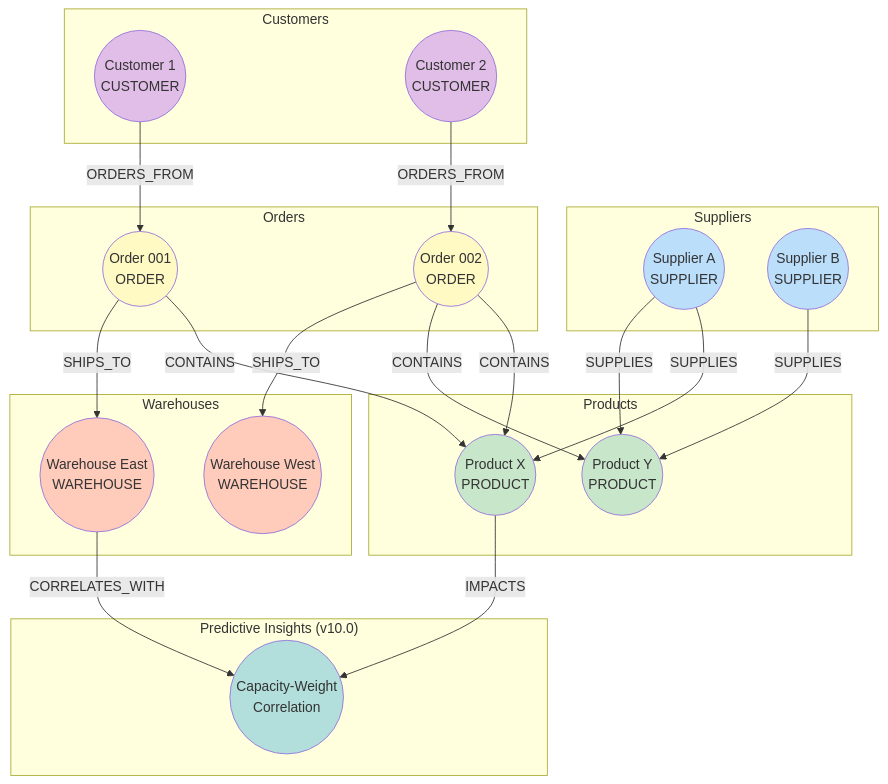
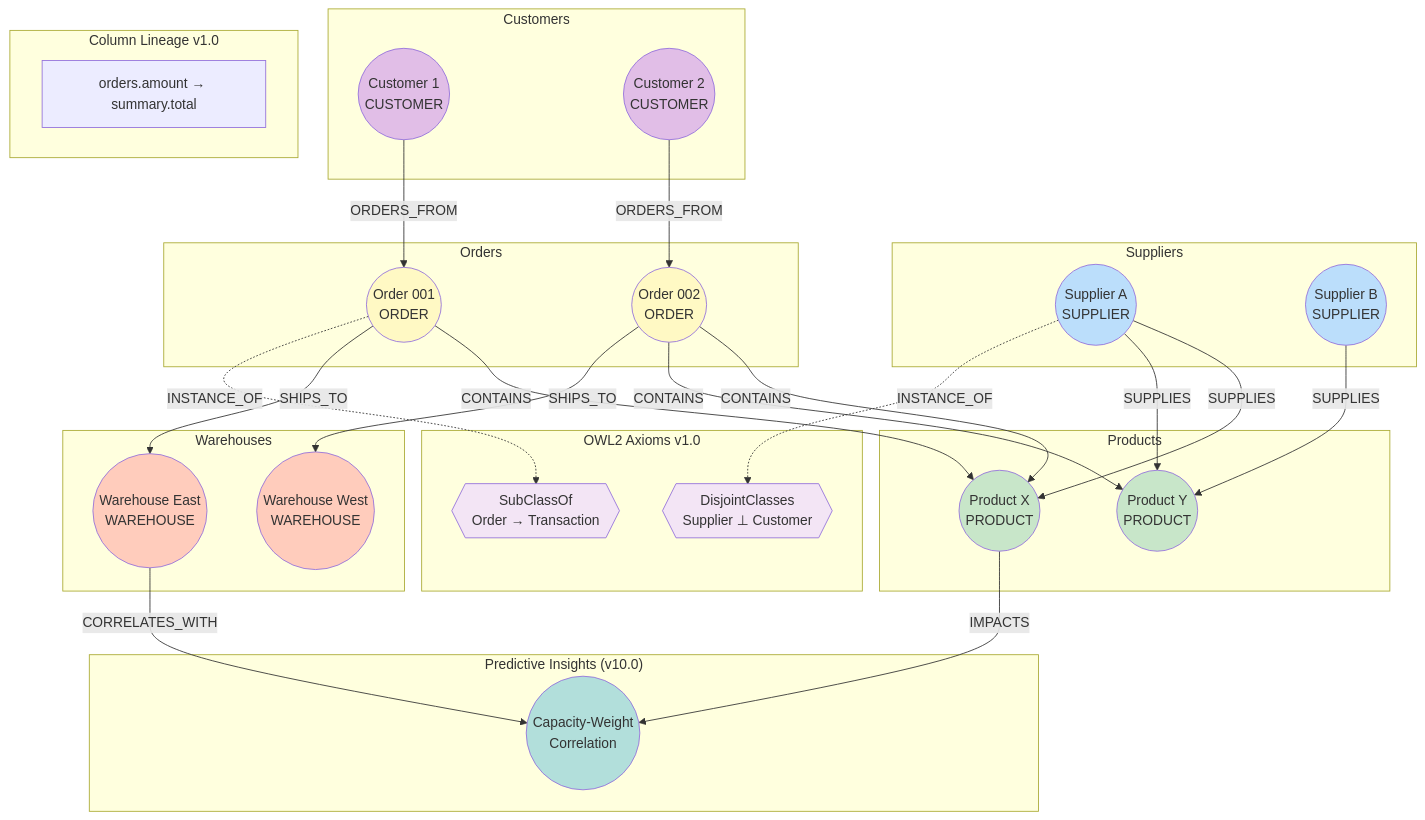
Before and after one commit to sabill123/ontology: the eighth of 12 diagrams in docs/diagrams/06-knowledge-graph.md, drawn with Mermaid. The commit also changed other lines of this file and 176 other files, not shown here.

````diff
--- a/docs/diagrams/06-knowledge-graph.md
+++ b/docs/diagrams/06-knowledge-graph.md
@@ -135,60 +351,74 @@
 ```mermaid
 graph TB
     subgraph SUPPLIERS["Suppliers"]
         SUP1((Supplier A<br/>SUPPLIER))
         SUP2((Supplier B<br/>SUPPLIER))
     end
 
     subgraph PRODUCTS["Products"]
         PRD1((Product X<br/>PRODUCT))
         PRD2((Product Y<br/>PRODUCT))
     end
 
     subgraph ORDERS["Orders"]
         ORD1((Order 001<br/>ORDER))
         ORD2((Order 002<br/>ORDER))
     end
 
     subgraph CUSTOMERS["Customers"]
         CUS1((Customer 1<br/>CUSTOMER))
         CUS2((Customer 2<br/>CUSTOMER))
     end
 
     subgraph WAREHOUSES["Warehouses"]
         WH1((Warehouse East<br/>WAREHOUSE))
         WH2((Warehouse West<br/>WAREHOUSE))
     end
 
     subgraph INSIGHTS["Predictive Insights (v10.0)"]
         PI1((Capacity-Weight<br/>Correlation))
     end
 
+    subgraph OWL_AXIOMS["OWL2 Axioms v1.0"]
+        OA1{{SubClassOf<br/>Order → Transaction}}
+        OA2{{DisjointClasses<br/>Supplier ⊥ Customer}}
+    end
+
+    subgraph LINEAGE["Column Lineage v1.0"]
+        LN1[orders.amount → summary.total]
+    end
+
     SUP1 -->|SUPPLIES| PRD1
     SUP1 -->|SUPPLIES| PRD2
     SUP2 -->|SUPPLIES| PRD2
 
     ORD1 -->|CONTAINS| PRD1
     ORD2 -->|CONTAINS| PRD1
     ORD2 -->|CONTAINS| PRD2
 
     CUS1 -->|ORDERS_FROM| ORD1
     CUS2 -->|ORDERS_FROM| ORD2
 
     ORD1 -->|SHIPS_TO| WH1
     ORD2 -->|SHIPS_TO| WH2
 
     WH1 -->|CORRELATES_WITH| PI1
     PRD1 -->|IMPACTS| PI1
 
+    ORD1 -.->|INSTANCE_OF| OA1
+    SUP1 -.->|INSTANCE_OF| OA2
+
     style SUP1 fill:#bbdefb
     style SUP2 fill:#bbdefb
     style PRD1 fill:#c8e6c9
     style PRD2 fill:#c8e6c9
     style ORD1 fill:#fff9c4
     style ORD2 fill:#fff9c4
     style CUS1 fill:#e1bee7
     style CUS2 fill:#e1bee7
     style WH1 fill:#ffccbc
     style WH2 fill:#ffccbc
     style PI1 fill:#b2dfdb
+    style OA1 fill:#f3e5f5
+    style OA2 fill:#f3e5f5
 ```
````
